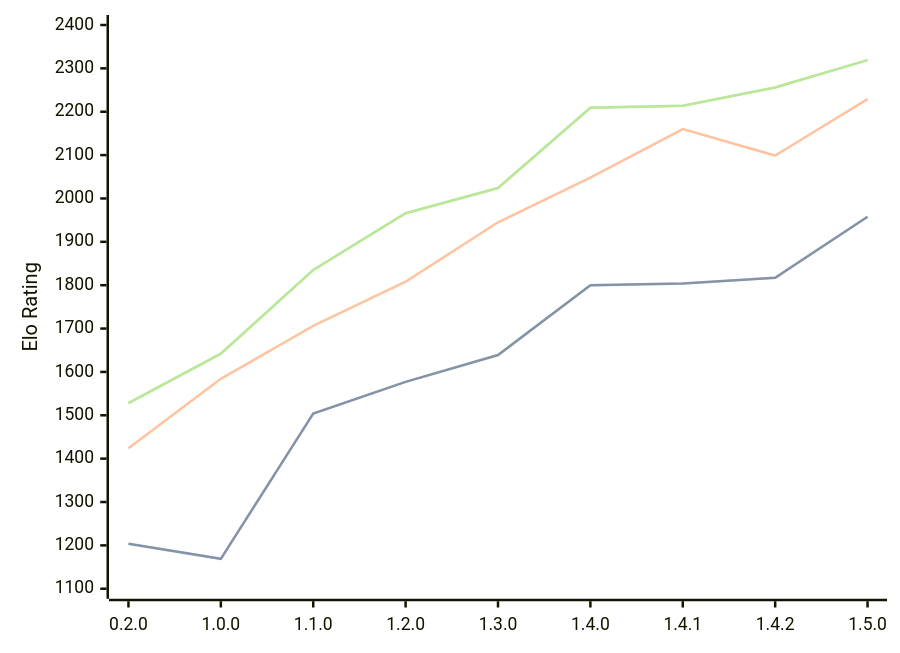
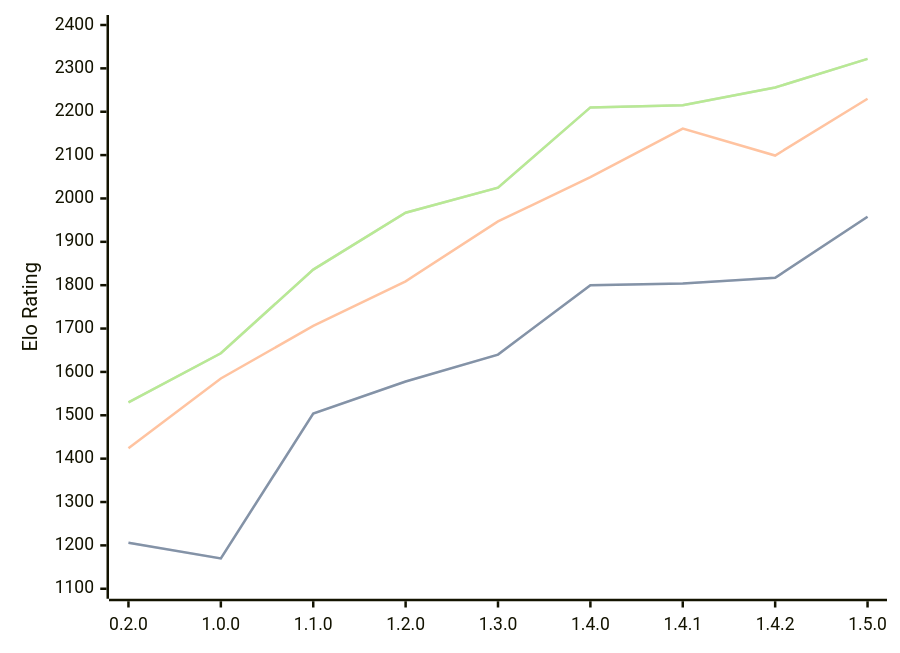
The diagram in engines/Zeppelin.md (computer-chess-index/cci), drawn with Mermaid before and after one commit. The commit also changed other lines of this file, not shown here.

Commit message:
Update CCI Ratings (ELO VLTC) - 2026-05-01

````diff
--- a/engines/Zeppelin.md
+++ b/engines/Zeppelin.md
@@ -41,11 +41,11 @@
 ```mermaid
 %%{init: {"theme":"base","themeVariables":{"seriesColors:['#a3a3a3','#222221','#faa371']}}}%%
 xychart-beta
   x-axis ["0.2.0", "1.0.0", "1.1.0", "1.2.0", "1.3.0", "1.4.0", "1.4.1", "1.4.2", "1.5.0"]
   y-axis "Elo Rating" 1100 --> 2400
-  line "STC (8.0+0.08s)" [1204, 1169, 1504, 1577, 1639, 1800, 1804, 1817, 1958]
-  line "STC (8.0+0.08s)" [1204, 1169, 1504, 1577, 1639, 1800, 1804, 1817, 1958]
-  line "LTC (60.0+0.60s)" [1424, 1584, 1706, 1808, 1945, 2048, 2160, 2099, 2229]
-  line "VLTC (2m24s+1.12s)" [1528, 1642, 1835, 1966, 2024, 2209, 2214, 2256, 2319]
-  line "VLTC (2m24s+1.12s)" [1528, 1642, 1835, 1966, 2024, 2209, 2214, 2256, 2319]
+  line "STC (8.0+0.08s)" [1206, 1170, 1504, 1578, 1640, 1800, 1804, 1817, 1958]
+  line "STC (8.0+0.08s)" [1206, 1170, 1504, 1578, 1640, 1800, 1804, 1817, 1958]
+  line "LTC (60.0+0.60s)" [1424, 1585, 1706, 1809, 1947, 2049, 2161, 2099, 2230]
+  line "VLTC (2m24s+1.12s)" [1530, 1643, 1836, 1967, 2025, 2210, 2215, 2256, 2322]
+  line "VLTC (2m24s+1.12s)" [1530, 1643, 1836, 1967, 2025, 2210, 2215, 2256, 2322]
 ```
````
